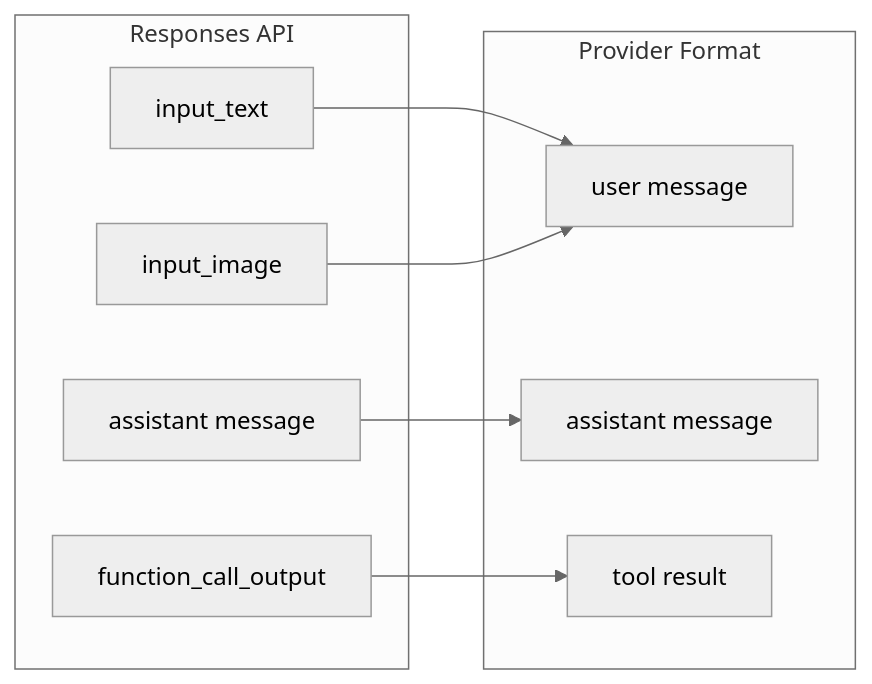
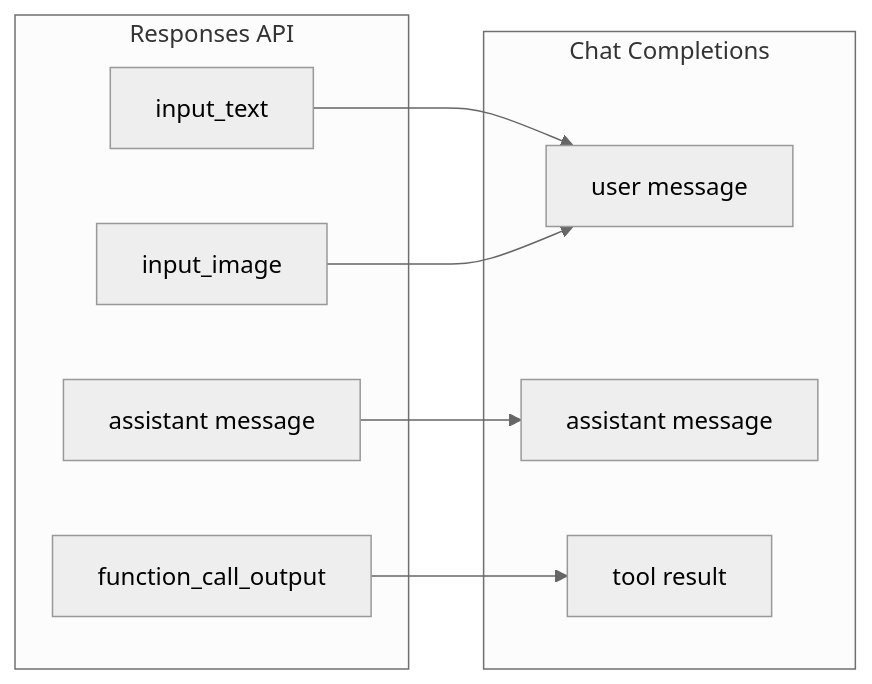
Before and after one commit to zamelee/GodeX: the first of 2 diagrams in wiki/03-provider-development/message-tool-mapping.md, drawn with Mermaid (neutral theme). The commit also changed other lines of this file and 46 other files, not shown here.

````diff
--- a/wiki/03-provider-development/message-tool-mapping.md
+++ b/wiki/03-provider-development/message-tool-mapping.md
@@ -22,19 +22,19 @@
 ```mermaid
 flowchart LR
   subgraph responses["Responses API"]
     IT["input_text"]
     II["input_image"]
     AM["assistant message"]
     FCO["function_call_output"]
   end
-  subgraph provider["Provider Format"]
+  subgraph chat["Chat Completions"]
     UM["user message"]
     AIM["assistant message"]
     TR["tool result"]
   end
 
   IT --> UM
   II --> UM
   AM --> AIM
   FCO --> TR
 ```
````
